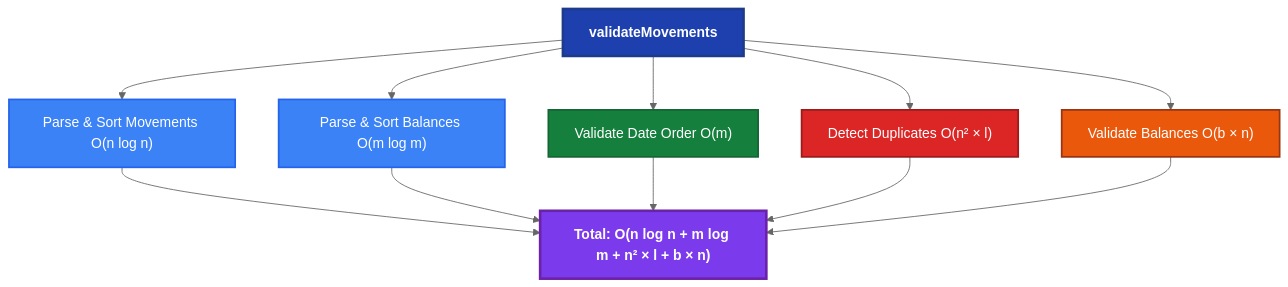
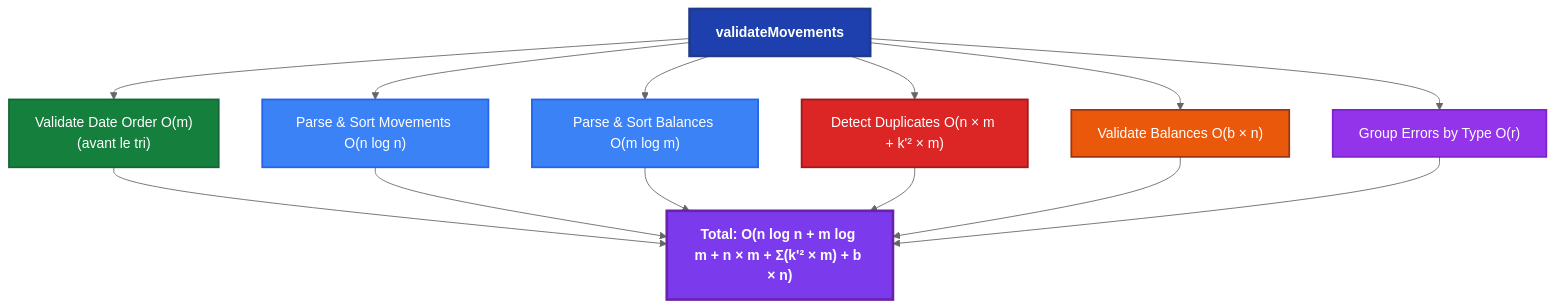
Diagram 11 of 12 in documentation/fr/analysis.md (gobwah/dougs-test-app), drawn with Mermaid (neutral theme) before and after one commit. The commit also changed other lines of this file and 11 other files, not shown here.

````diff
--- a/documentation/fr/analysis.md
+++ b/documentation/fr/analysis.md
@@ -864,21 +885,24 @@
 ```mermaid
 graph TD
-    A[validateMovements]:::rootStyle --> B["Parse & Sort Movements O(n log n)"]:::parseStyle
+    A[validateMovements]:::rootStyle --> D["Validate Date Order O(m)<br/>(avant le tri)"]:::validateStyle
+    A --> B["Parse & Sort Movements O(n log n)"]:::parseStyle
     A --> C["Parse & Sort Balances O(m log m)"]:::parseStyle
-    A --> D["Validate Date Order O(m)"]:::validateStyle
-    A --> E["Detect Duplicates O(n² × l)"]:::duplicateStyle
+    A --> E["Detect Duplicates O(n × m + k'² × m)"]:::duplicateStyle
     A --> F["Validate Balances O(b × n)"]:::balanceStyle
+    A --> H["Group Errors by Type O(r)"]:::groupStyle
 
-    B --> G["Total: O(n log n + m log m + n² × l + b × n)"]:::totalStyle
+    D --> G["Total: O(n log n + m log m + n × m + Σ(k'² × m) + b × n)"]:::totalStyle
+    B --> G
     C --> G
-    D --> G
     E --> G
     F --> G
+    H --> G
 
     classDef rootStyle fill:#1e40af,stroke:#1e3a8a,stroke-width:3px,color:#ffffff,font-weight:bold
     classDef parseStyle fill:#3b82f6,stroke:#2563eb,stroke-width:2px,color:#ffffff
     classDef validateStyle fill:#15803d,stroke:#166534,stroke-width:2px,color:#ffffff
     classDef duplicateStyle fill:#dc2626,stroke:#991b1b,stroke-width:2px,color:#ffffff
     classDef balanceStyle fill:#ea580c,stroke:#9a3412,stroke-width:2px,color:#ffffff
+    classDef groupStyle fill:#9333ea,stroke:#7e22ce,stroke-width:2px,color:#ffffff
     classDef totalStyle fill:#7c3aed,stroke:#6b21a8,stroke-width:3px,color:#ffffff,font-weight:bold
 ```
````
